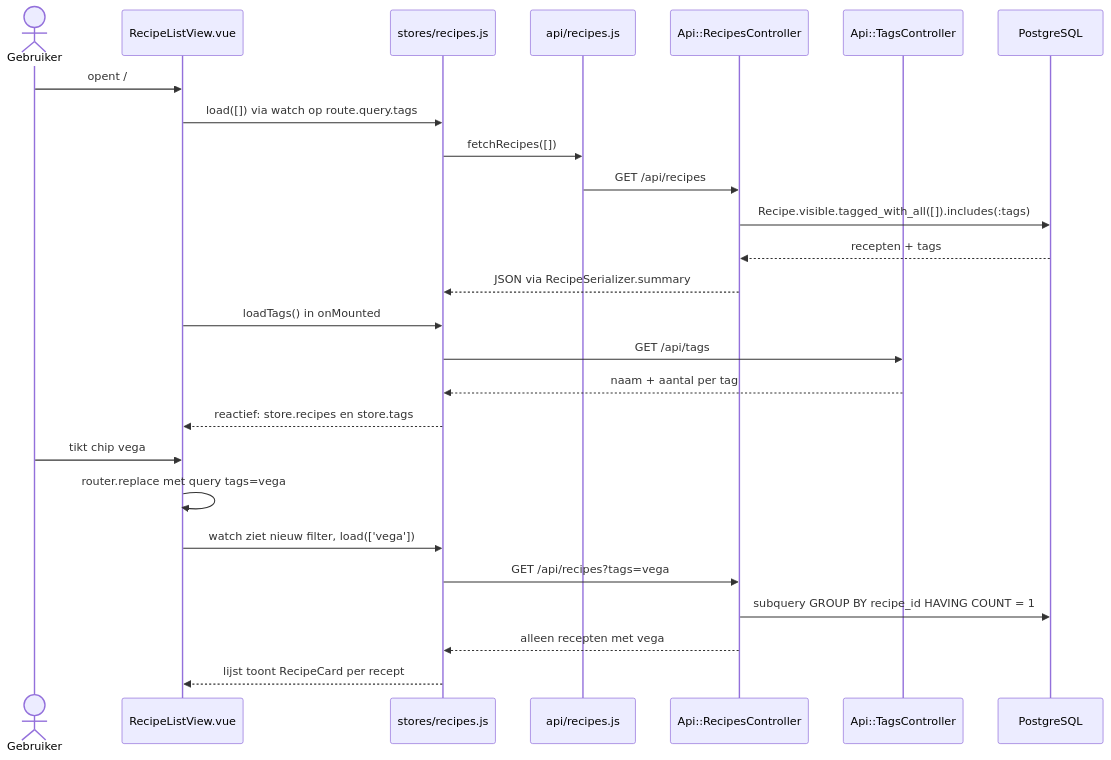
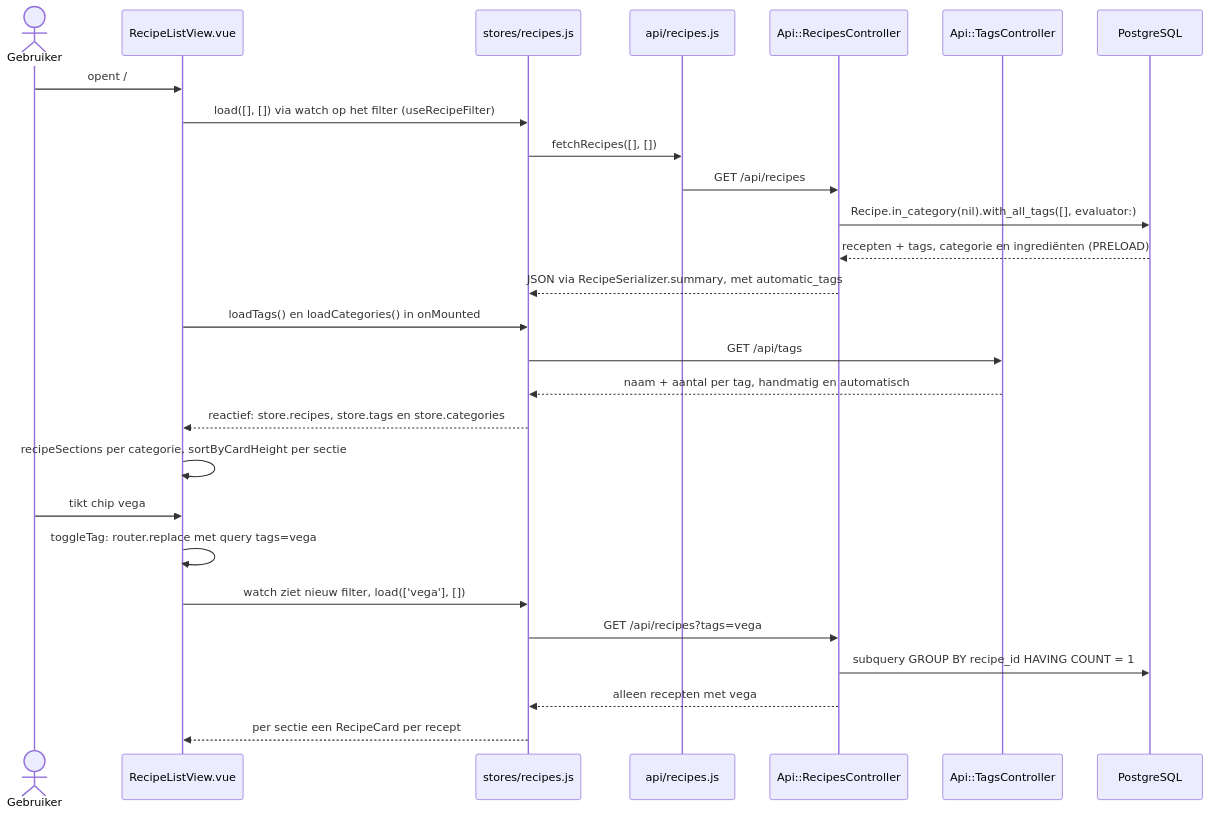
The fifth of 8 diagrams in docs/code_overzicht.md (lobkest/receptenapp), drawn with Mermaid before and after one commit. The commit also changed other lines of this file and 62 other files, not shown here.

````diff
--- a/docs/code_overzicht.md
+++ b/docs/code_overzicht.md
@@ -304,29 +373,30 @@
 ```mermaid
 sequenceDiagram
   actor U as Gebruiker
   participant LV as RecipeListView.vue
   participant RS as stores/recipes.js
   participant API as api/recipes.js
   participant RC as Api::RecipesController
   participant TC as Api::TagsController
   participant DB as PostgreSQL
 
   U->>LV: opent /
-  LV->>RS: load([]) via watch op route.query.tags
-  RS->>API: fetchRecipes([])
+  LV->>RS: load([], []) via watch op het filter (useRecipeFilter)
+  RS->>API: fetchRecipes([], [])
   API->>RC: GET /api/recipes
-  RC->>DB: Recipe.visible.tagged_with_all([]).includes(:tags)
-  DB-->>RC: recepten + tags
-  RC-->>RS: JSON via RecipeSerializer.summary
-  LV->>RS: loadTags() in onMounted
+  RC->>DB: Recipe.in_category(nil).with_all_tags([], evaluator:)
+  DB-->>RC: recepten + tags, categorie en ingrediënten (PRELOAD)
+  RC-->>RS: JSON via RecipeSerializer.summary, met automatic_tags
+  LV->>RS: loadTags() en loadCategories() in onMounted
   RS->>TC: GET /api/tags
-  TC-->>RS: naam + aantal per tag
-  RS-->>LV: reactief: store.recipes en store.tags
+  TC-->>RS: naam + aantal per tag, handmatig en automatisch
+  RS-->>LV: reactief: store.recipes, store.tags en store.categories
+  LV->>LV: recipeSections per categorie, sortByCardHeight per sectie
   U->>LV: tikt chip vega
-  LV->>LV: router.replace met query tags=vega
-  LV->>RS: watch ziet nieuw filter, load(['vega'])
+  LV->>LV: toggleTag: router.replace met query tags=vega
+  LV->>RS: watch ziet nieuw filter, load(['vega'], [])
   RS->>RC: GET /api/recipes?tags=vega
   RC->>DB: subquery GROUP BY recipe_id HAVING COUNT = 1
   RC-->>RS: alleen recepten met vega
-  RS-->>LV: lijst toont RecipeCard per recept
+  RS-->>LV: per sectie een RecipeCard per recept
 ```
````
